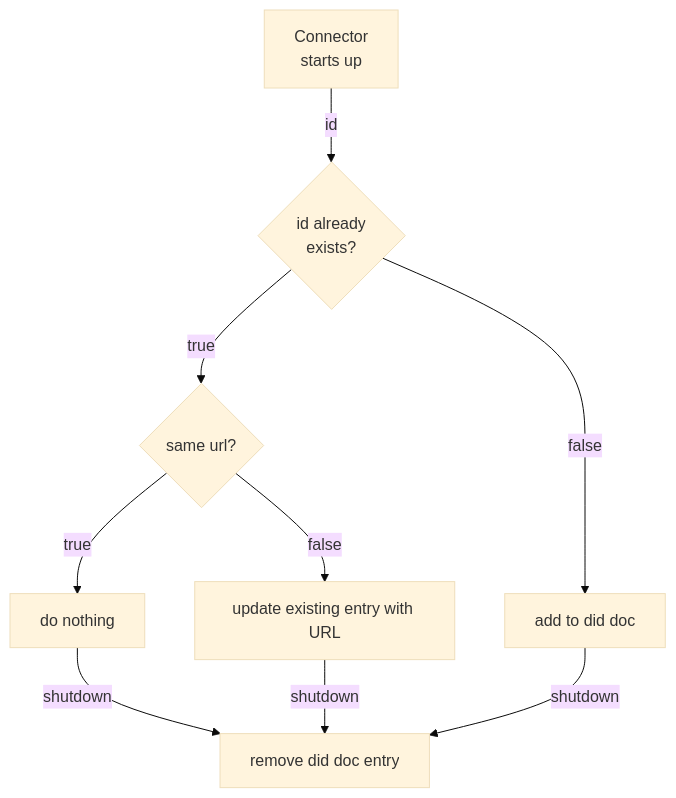
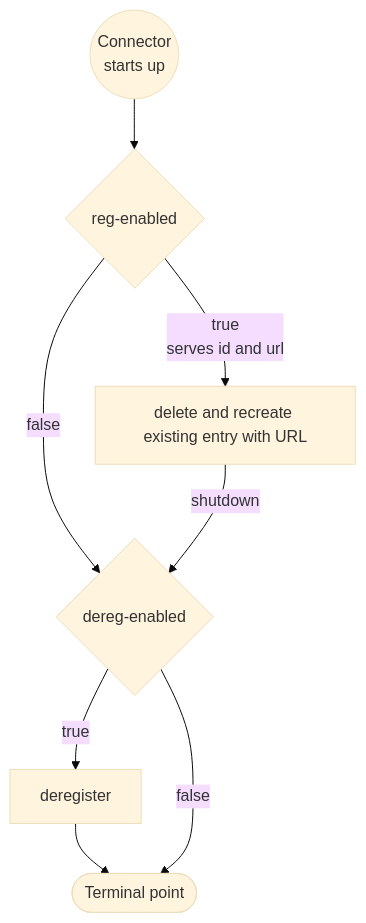
The diagram in docs/development/decision-records/2025-11-27-did-service-registration/README.md (eclipse-tractusx/tractusx-edc), drawn with Mermaid (base theme) before and after one commit. The commit also changed other lines of this file, not shown here.

````diff
--- a/docs/development/decision-records/2025-11-27-did-service-registration/README.md
+++ b/docs/development/decision-records/2025-11-27-did-service-registration/README.md
@@ -30,11 +31,12 @@
 ```mermaid
 flowchart TD
-    A[Connector<br/>starts up] -->|id| B{id already<br/>exists?}
-    B --> |true| C{same url?}
-    B --> |false| F[add to did doc]
-    C -->|true| D[do nothing]
-    C -->|false| E[update existing entry with URL]
-    D -->|shutdown| G[remove did doc entry]
-    E -->|shutdown| G[remove did doc entry]
-    F -->|shutdown| G[remove did doc entry]
+    J@{ shape: stadium, label: "Terminal point" }
+    A@{ shape: circle, label: "Connector</br>starts up" }
+    A --> H{reg-enabled}
+    H -->|false| G
+    H -->|true</br>serves id and url| E[delete and recreate existing entry with URL]
+    E -->|shutdown| G{dereg-enabled}
+    G -->|true| K[deregister]
+    K --> J
+    G -->|false| J
 ```
````
